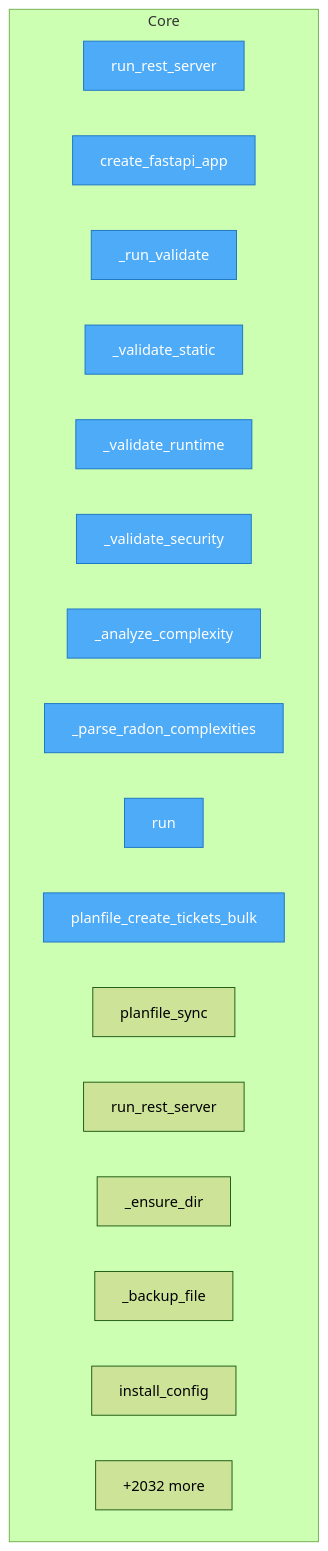
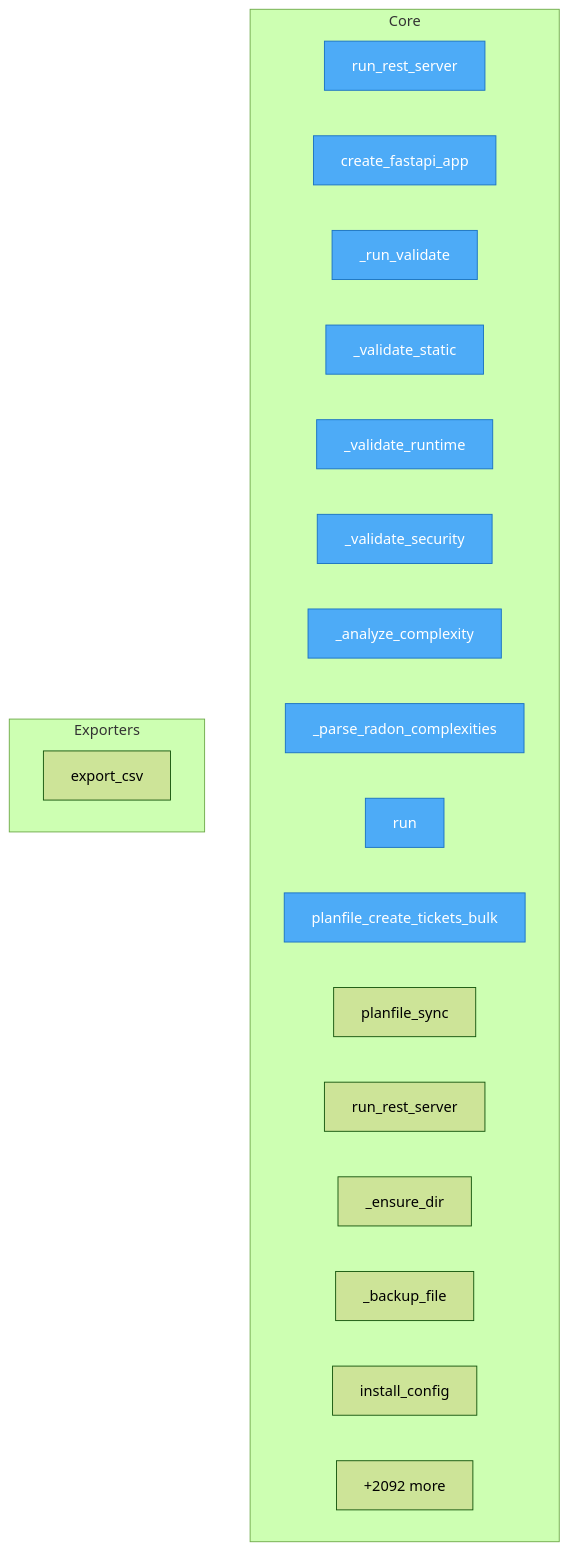
One commit to semcod/algitex changed the diagram in project/flow.mmd. Above: the diagram before and after it, drawn with Mermaid (forest theme). The commit also changed 35 other files, not shown here.

```diff
--- a/project/flow.mmd
+++ b/project/flow.mmd
@@ -1,25 +1,29 @@
 flowchart TD
 
     %% Entry points (blue)
     classDef entry fill:#4dabf7,stroke:#1971c2,color:#fff
 
     subgraph Core
         N___algitex__backups__batch_20260328_142940__docker__aider_mcp__aider_mcp_server__run_rest_server["run_rest_server"]
         N___algitex__backups__batch_20260328_142940__docker__vallm__vallm_server__VallmServer__create_fastapi_app["create_fastapi_app"]
         N___algitex__backups__batch_20260328_142940__docker__vallm__vallm_server__VallmServer___run_validate["_run_validate"]
         N___algitex__backups__batch_20260328_142940__docker__vallm__vallm_server__VallmServer___validate_static["_validate_static"]
         N___algitex__backups__batch_20260328_142940__docker__vallm__vallm_server__VallmServer___validate_runtime["_validate_runtime"]
         N___algitex__backups__batch_20260328_142940__docker__vallm__vallm_server__VallmServer___validate_security["_validate_security"]
         N___algitex__backups__batch_20260328_142940__docker__vallm__vallm_server__VallmServer___analyze_complexity["_analyze_complexity"]
         N___algitex__backups__batch_20260328_142940__docker__vallm__vallm_server__VallmServer___parse_radon_complexities["_parse_radon_complexities"]
         N___algitex__backups__batch_20260328_142940__docker__vallm__vallm_server__VallmServer__run["run"]
         N___algitex__backups__batch_20260328_142940__docker__planfile_mcp__planfile_mcp_server__planfile_create_tickets_bulk["planfile_create_tickets_bulk"]
         N___algitex__backups__batch_20260328_142940__docker__planfile_mcp__planfile_mcp_server__planfile_sync["planfile_sync"]
         N___algitex__backups__batch_20260328_142940__docker__planfile_mcp__planfile_mcp_server__run_rest_server["run_rest_server"]
         N___algitex__backups__batch_20260328_142940__src__algitex__tools__config__ConfigManager___ensure_dir["_ensure_dir"]
         N___algitex__backups__batch_20260328_142940__src__algitex__tools__config__ConfigManager___backup_file["_backup_file"]
         N___algitex__backups__batch_20260328_142940__src__algitex__tools__config__ConfigManager__install_config["install_config"]
-        ...["+2032 more"]
+        ...["+2092 more"]
+    end
+
+    subgraph Exporters
+        src__algitex__metrics__MetricsReporter__export_csv["export_csv"]
     end
 
     class N___algitex__backups__batch_20260328_142940__docker__aider_mcp__aider_mcp_server__run_rest_server,N___algitex__backups__batch_20260328_142940__docker__vallm__vallm_server__VallmServer__create_fastapi_app,N___algitex__backups__batch_20260328_142940__docker__vallm__vallm_server__VallmServer___run_validate,N___algitex__backups__batch_20260328_142940__docker__vallm__vallm_server__VallmServer___validate_static,N___algitex__backups__batch_20260328_142940__docker__vallm__vallm_server__VallmServer___validate_runtime,N___algitex__backups__batch_20260328_142940__docker__vallm__vallm_server__VallmServer___validate_security,N___algitex__backups__batch_20260328_142940__docker__vallm__vallm_server__VallmServer___analyze_complexity,N___algitex__backups__batch_20260328_142940__docker__vallm__vallm_server__VallmServer___parse_radon_complexities,N___algitex__backups__batch_20260328_142940__docker__vallm__vallm_server__VallmServer__run,N___algitex__backups__batch_20260328_142940__docker__planfile_mcp__planfile_mcp_server__planfile_create_tickets_bulk entry
```
